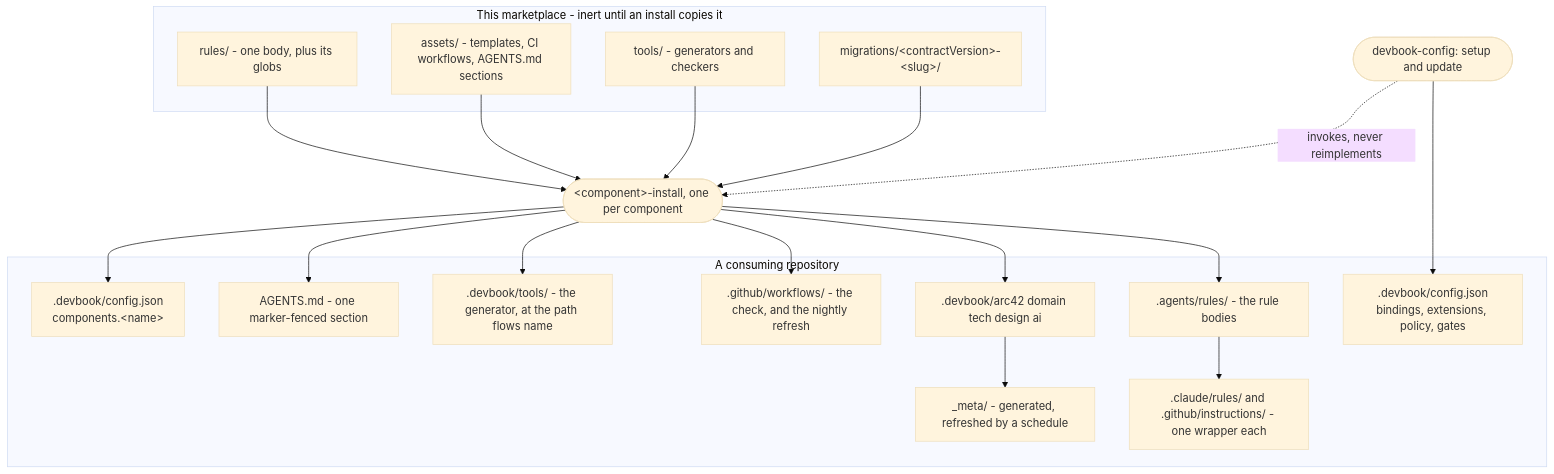
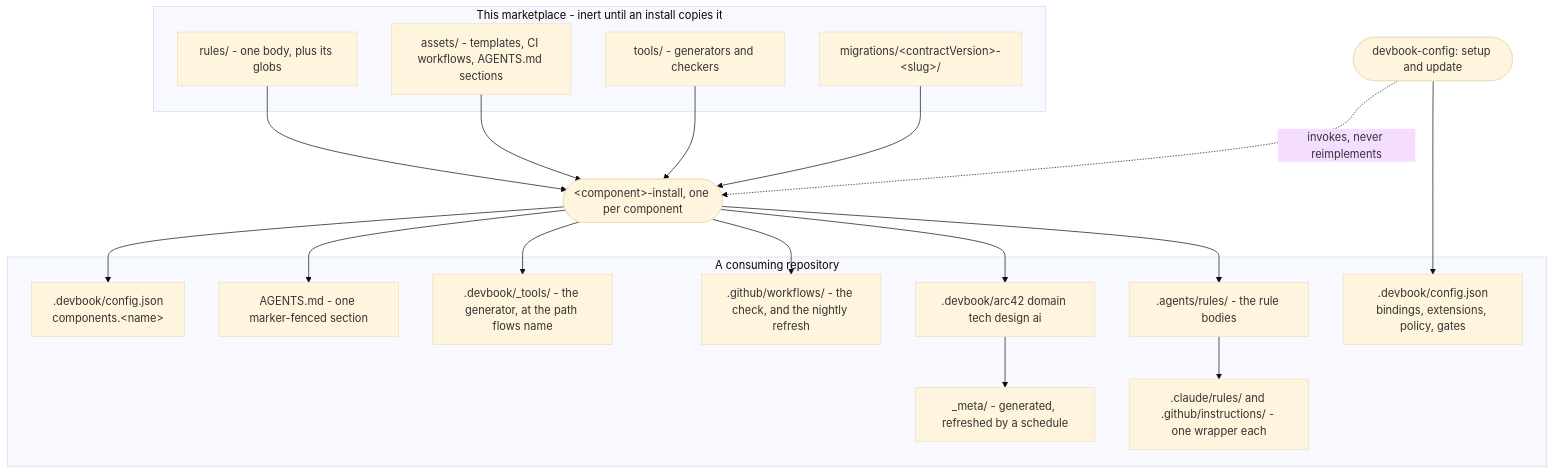
The third of 3 diagrams in .devbook/arc42/05-building-block-view.md (JSdotNet/devbook), drawn with Mermaid (base theme) before and after one commit. The commit also changed other lines of this file and 34 other files, not shown here.

First line of the commit message:
The generator folder is .devbook/_tools/, underscored like _meta/

````diff
--- a/.devbook/arc42/05-building-block-view.md
+++ b/.devbook/arc42/05-building-block-view.md
@@ -198,39 +198,39 @@
 ```mermaid
 flowchart TB
     subgraph mp["This marketplace - inert until an install copies it"]
         pr["rules/ - one body, plus its globs"]
         pa["assets/ - templates, CI workflows, AGENTS.md sections"]
         pt["tools/ - generators and checkers"]
         pm["migrations/&lt;contractVersion&gt;-&lt;slug&gt;/"]
     end
 
     setup(["devbook-config: setup and update"])
     inst(["&lt;component&gt;-install, one per component"])
 
     subgraph repo["A consuming repository"]
         ar[".agents/rules/ - the rule bodies"]
         cw[".claude/rules/ and .github/instructions/ - one wrapper each"]
         folders[".devbook/arc42 domain tech design ai"]
         meta["_meta/ - generated, refreshed by a schedule"]
         wf[".github/workflows/ - the check, and the nightly refresh"]
-        tools[".devbook/tools/ - the generator, at the path flows name"]
+        tools[".devbook/_tools/ - the generator, at the path flows name"]
         agents["AGENTS.md - one marker-fenced section"]
         cfgE[".devbook/config.json<br/>bindings, extensions, policy, gates"]
         cfgC[".devbook/config.json<br/>components.&lt;name&gt;"]
     end
 
     pr --> inst
     pa --> inst
     pt --> inst
     pm --> inst
     inst --> ar
     ar --> cw
     inst --> folders
     inst --> wf
     inst --> tools
     inst --> agents
     inst --> cfgC
     setup --> cfgE
     setup -.->|"invokes, never reimplements"| inst
     folders --> meta
 ```
````
